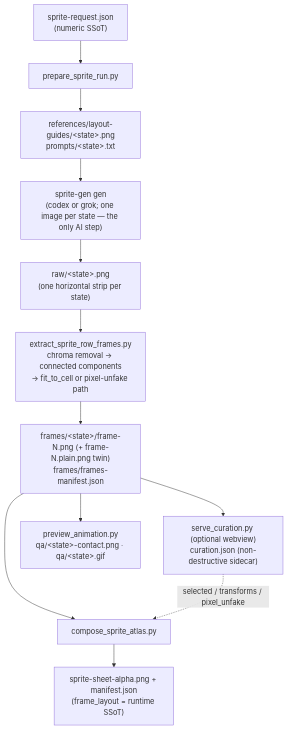
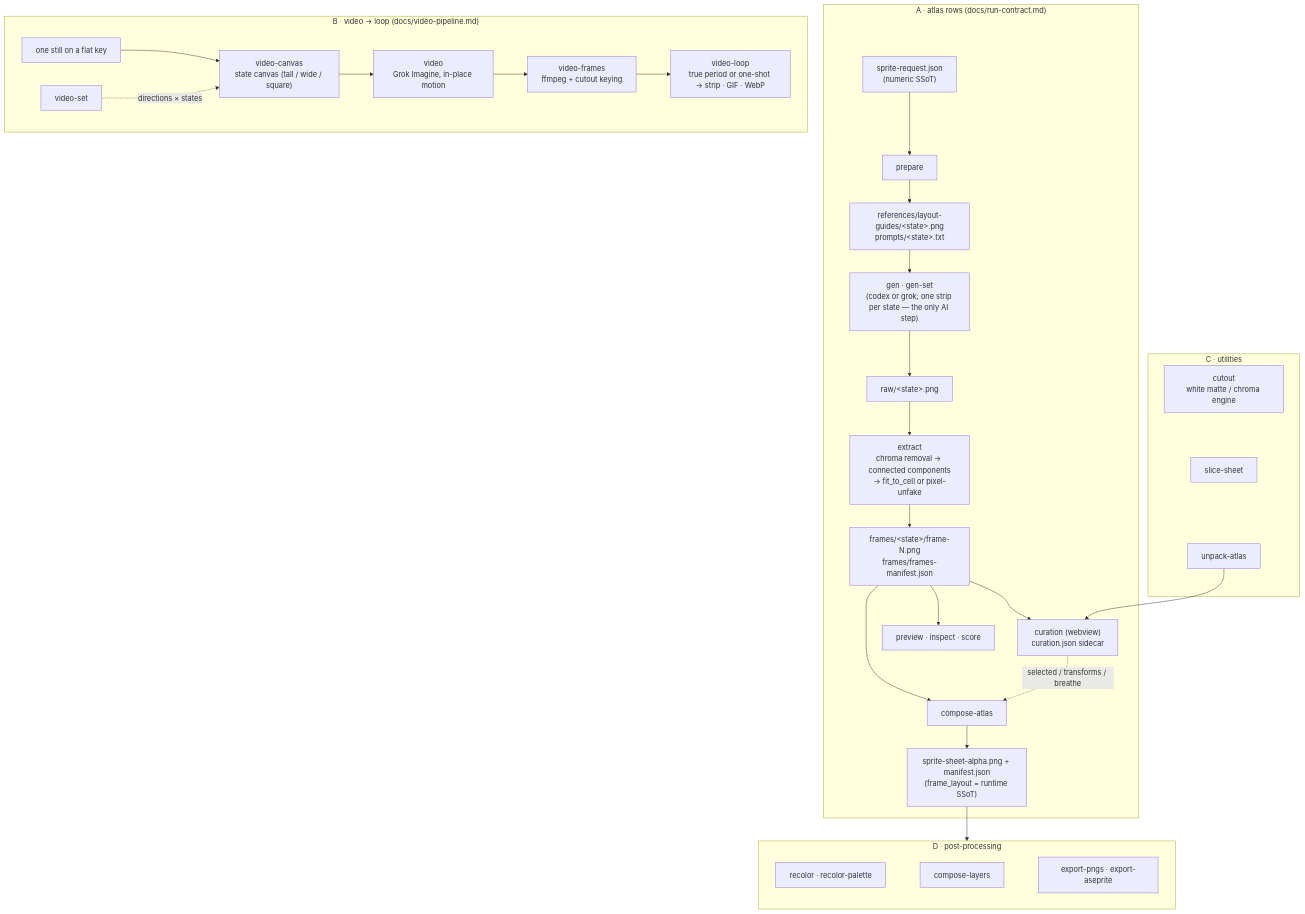
The second of 3 diagrams in mirrors/repos/aldegad@sprite-gen/docs/architecture.md (gabrielmoreira/agent-skills-mirror), drawn with Mermaid before and after one commit. The commit also changed other lines of this file and 2689 other files, not shown here.

````diff
--- a/mirrors/repos/aldegad@sprite-gen/docs/architecture.md
+++ b/mirrors/repos/aldegad@sprite-gen/docs/architecture.md
@@ -16,14 +58,31 @@
 ```mermaid
 flowchart TD
-    REQ["sprite-request.json<br/>(numeric SSoT)"] --> PREP["prepare_sprite_run.py"]
-    PREP --> GUIDES["references/layout-guides/&lt;state&gt;.png<br/>prompts/&lt;state&gt;.txt"]
-    GUIDES --> GEN["sprite-gen gen<br/>(codex or grok; one image per state — the only AI step)"]
-    GEN --> RAW["raw/&lt;state&gt;.png<br/>(one horizontal strip per state)"]
-    RAW --> EXTRACT["extract_sprite_row_frames.py<br/>chroma removal → connected components<br/>→ fit_to_cell or pixel-unfake path"]
-    EXTRACT --> FRAMES["frames/&lt;state&gt;/frame-N.png (+ frame-N.plain.png twin)<br/>frames/frames-manifest.json"]
-    FRAMES --> CURATE["serve_curation.py (optional webview)<br/>curation.json (non-destructive sidecar)"]
-    FRAMES --> COMPOSE["compose_sprite_atlas.py"]
-    CURATE -. "selected / transforms / pixel_unfake" .-> COMPOSE
-    COMPOSE --> ATLAS["sprite-sheet-alpha.png + manifest.json<br/>(frame_layout = runtime SSoT)"]
-    FRAMES --> QA["preview_animation.py<br/>qa/&lt;state&gt;-contact.png · qa/&lt;state&gt;.gif"]
+    subgraph A["A · atlas rows  (docs/run-contract.md)"]
+        REQ["sprite-request.json<br/>(numeric SSoT)"] --> PREP["prepare"]
+        PREP --> GUIDES["references/layout-guides/&lt;state&gt;.png<br/>prompts/&lt;state&gt;.txt"]
+        GUIDES --> GEN["gen · gen-set<br/>(codex or grok; one strip per state — the only AI step)"]
+        GEN --> RAW["raw/&lt;state&gt;.png"]
+        RAW --> EXTRACT["extract<br/>chroma removal → connected components<br/>→ fit_to_cell or pixel-unfake"]
+        EXTRACT --> FRAMES["frames/&lt;state&gt;/frame-N.png<br/>frames/frames-manifest.json"]
+        FRAMES --> CURATE["curation (webview)<br/>curation.json sidecar"]
+        FRAMES --> COMPOSE["compose-atlas"]
+        CURATE -. "selected / transforms / breathe" .-> COMPOSE
+        COMPOSE --> ATLAS["sprite-sheet-alpha.png + manifest.json<br/>(frame_layout = runtime SSoT)"]
+        FRAMES --> QA["preview · inspect · score"]
+    end
+    subgraph B["B · video → loop  (docs/video-pipeline.md)"]
+        STILL["one still on a flat key"] --> CANVAS["video-canvas<br/>state canvas (tall / wide / square)"]
+        CANVAS --> VID["video<br/>Grok Imagine, in-place motion"]
+        VID --> VFR["video-frames<br/>ffmpeg + cutout keying"]
+        VFR --> LOOP["video-loop<br/>true period or one-shot → strip · GIF · WebP"]
+        SET["video-set"] -. "directions × states" .-> CANVAS
+    end
+    subgraph C["C · utilities"]
+        CUT["cutout<br/>white matte / chroma engine"] ~~~ SLICE["slice-sheet"] ~~~ UNPACK["unpack-atlas"]
+    end
+    subgraph D["D · post-processing"]
+        RECOLOR["recolor · recolor-palette"] ~~~ LAYERS["compose-layers"] ~~~ EXPORT["export-pngs · export-aseprite"]
+    end
+    ATLAS --> D
+    UNPACK --> CURATE
 ```
````
